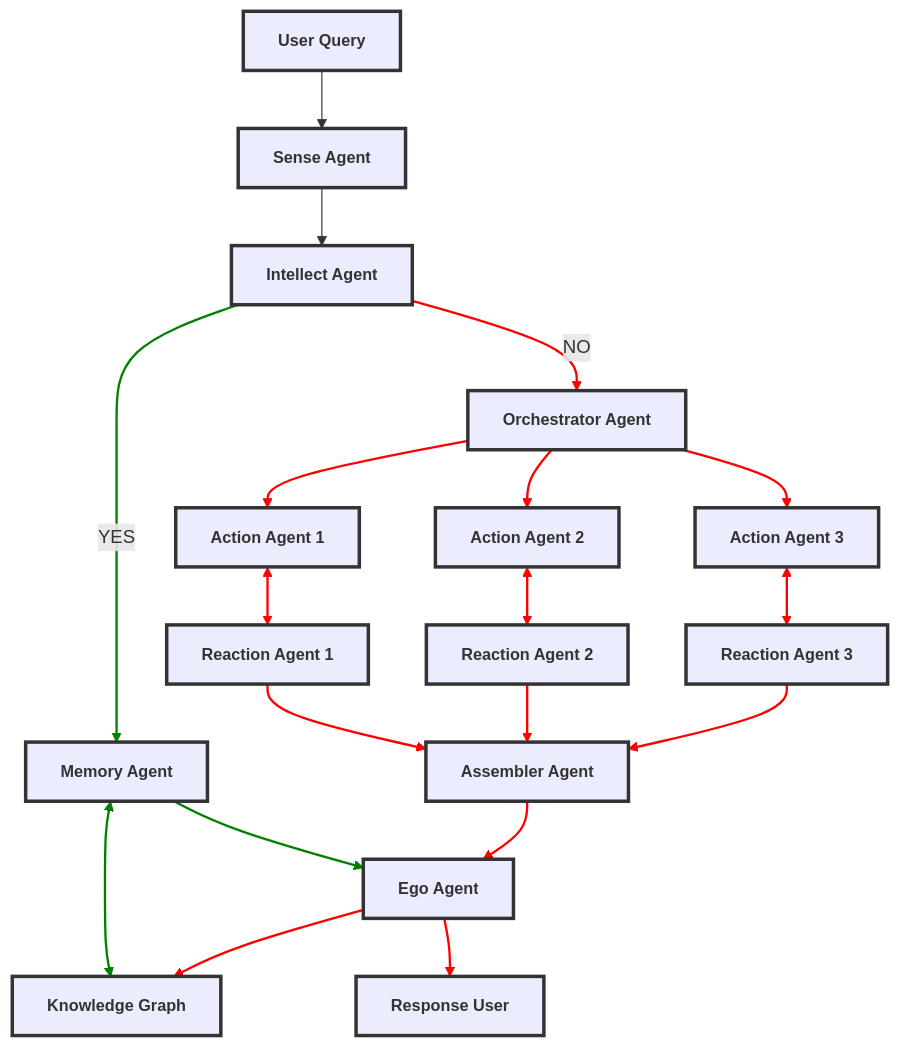
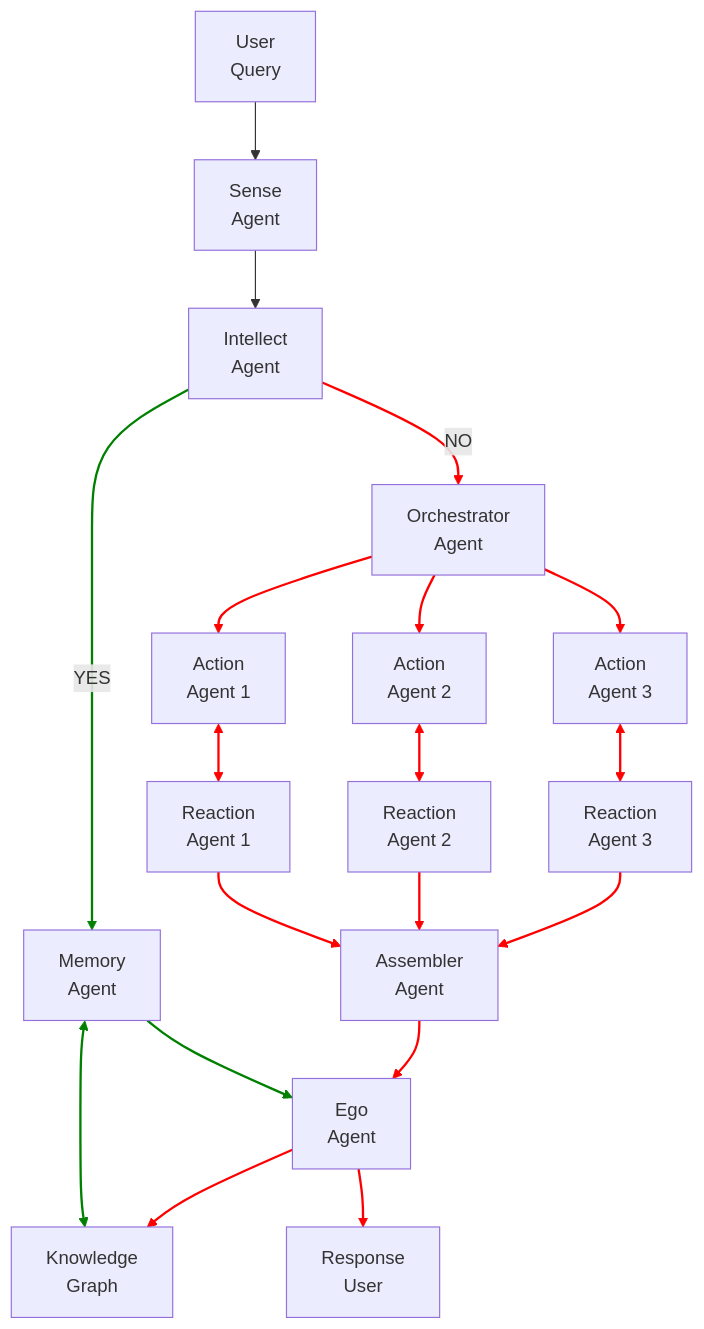
The diagram in README.md (Mindverse-Computing/algoverse), drawn with Mermaid before and after one commit.

````diff
--- a/README.md
+++ b/README.md
@@ -78,42 +78,41 @@
 ```mermaid
 graph TD
-  A[User Query]:::big --> S[Sense Agent]:::big
-  S --> I[Intellect Agent]:::big
-  I -- YES --> M[Memory Agent]:::big
-  M <--> G[Knowledge Graph]:::big
-  M --> E[Ego Agent]:::big
-  I -- NO --> O[Orchestrator Agent]:::big
-  O --> A1[Action Agent 1]:::big
-  O --> A2[Action Agent 2]:::big
-  O --> A3[Action Agent 3]:::big
-  A1 <--> R1[Reaction Agent 1]:::big
-  A2 <--> R2[Reaction Agent 2]:::big
-  A3 <--> R3[Reaction Agent 3]:::big
-  R1 --> AA[Assembler Agent]:::big
+  A["User<br/>Query"] --> S["Sense<br/>Agent"]
+  S --> I["Intellect<br/>Agent"]
+  I -- YES --> M["Memory<br/>Agent"]
+  M <--> G["Knowledge<br/>Graph"]
+  M --> E["Ego<br/>Agent"]
+  I -- NO --> O["Orchestrator<br/>Agent"]
+  O --> A1["Action<br/>Agent 1"]
+  O --> A2["Action<br/>Agent 2"]
+  O --> A3["Action<br/>Agent 3"]
+  A1 <--> R1["Reaction<br/>Agent 1"]
+  A2 <--> R2["Reaction<br/>Agent 2"]
+  A3 <--> R3["Reaction<br/>Agent 3"]
+  R1 --> AA["Assembler<br/>Agent"]
   R2 --> AA
   R3 --> AA
   AA --> E
   E --> G
-  E --> U[Response User]:::big
+  E --> U["Response<br/>User"]
 
-
+  %% GREEN links (YES path)
   linkStyle 2 stroke:green,stroke-width:2px      
   linkStyle 3 stroke:green,stroke-width:2px      
   linkStyle 4 stroke:green,stroke-width:2px      
 
+  %% RED links (NO path)
   linkStyle 5 stroke:red,stroke-width:2px       
   linkStyle 6 stroke:red,stroke-width:2px        
   linkStyle 7 stroke:red,stroke-width:2px        
   linkStyle 8 stroke:red,stroke-width:2px        
   linkStyle 9 stroke:red,stroke-width:2px        
   linkStyle 10 stroke:red,stroke-width:2px       
   linkStyle 11 stroke:red,stroke-width:2px       
   linkStyle 12 stroke:red,stroke-width:2px       
   linkStyle 13 stroke:red,stroke-width:2px       
   linkStyle 14 stroke:red,stroke-width:2px       
   linkStyle 15 stroke:red,stroke-width:2px       
   linkStyle 16 stroke:red,stroke-width:2px       
-  linkStyle 17 stroke:red,stroke-width:2px       
-
-  classDef big stroke:#333,stroke-width:3px,font-size:14px,font-weight:bold;       
+  linkStyle 17 stroke:red,stroke-width:2px             
 ```
````
